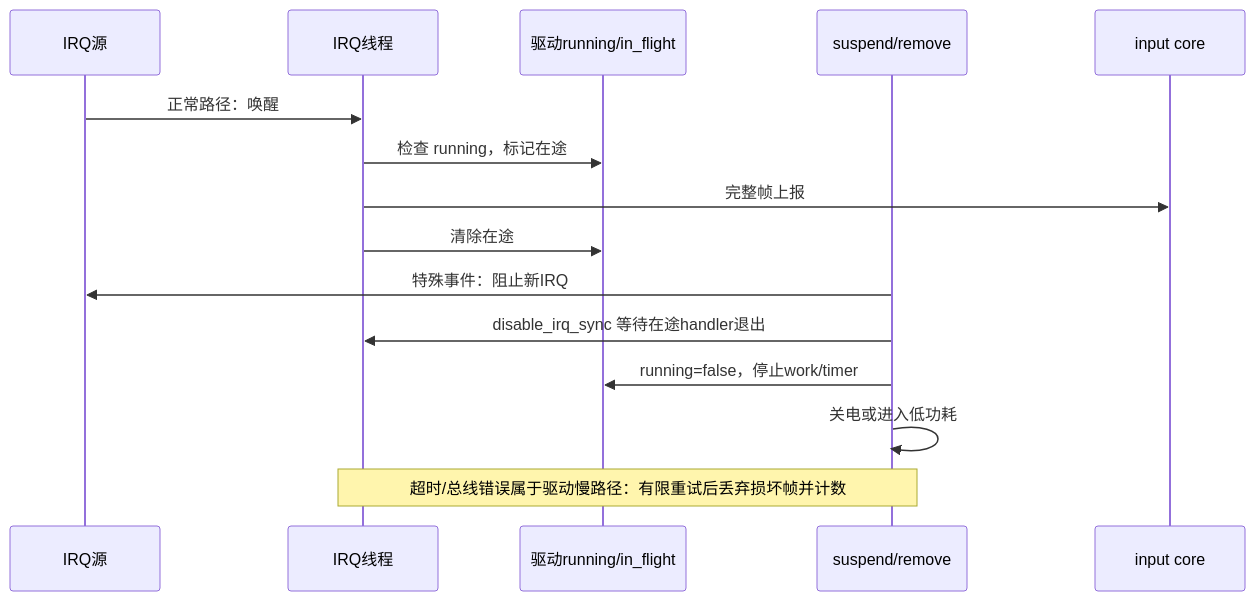
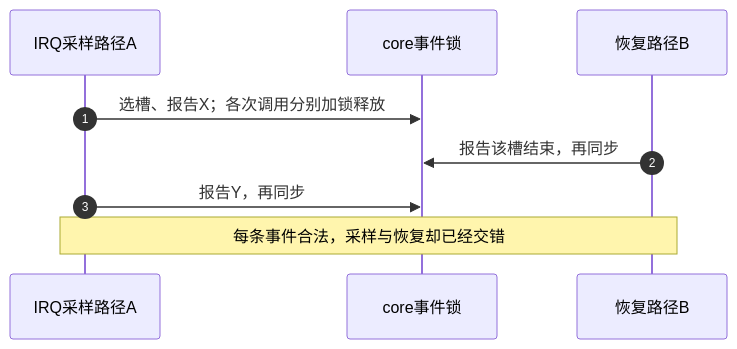
The second of 4 diagrams in knowledge/driver_model/input/P05_并发丢帧与电源管理.md (FormingSystem/linux_note), drawn with Mermaid before and after one commit. The commit also changed other lines of this file and 8 other files, not shown here.

````diff
--- a/knowledge/driver_model/input/P05_并发丢帧与电源管理.md
+++ b/knowledge/driver_model/input/P05_并发丢帧与电源管理.md
@@ -28,17 +64,11 @@
 ```mermaid
 sequenceDiagram
-    participant IRQ as IRQ源
-    participant T as IRQ线程
-    participant S as 驱动running/in_flight
-    participant PM as suspend/remove
-    participant C as input core
-    IRQ->>T: 正常路径：唤醒
-    T->>S: 检查 running，标记在途
-    T->>C: 完整帧上报
-    T->>S: 清除在途
-    PM->>IRQ: 特殊事件：阻止新IRQ
-    PM->>T: disable_irq_sync 等待在途handler退出
-    PM->>S: running=false，停止work/timer
-    PM->>PM: 关电或进入低功耗
-    Note over PM,T: 超时/总线错误属于驱动慢路径：有限重试后丢弃损坏帧并计数
+    autonumber
+    participant A as IRQ采样路径A
+    participant C as core事件锁
+    participant B as 恢复路径B
+    A->>C: 选槽、报告X；各次调用分别加锁释放
+    B->>C: 报告该槽结束，再同步
+    A->>C: 报告Y，再同步
+    Note over A,B: 每条事件合法，采样与恢复却已经交错
 ```
````
